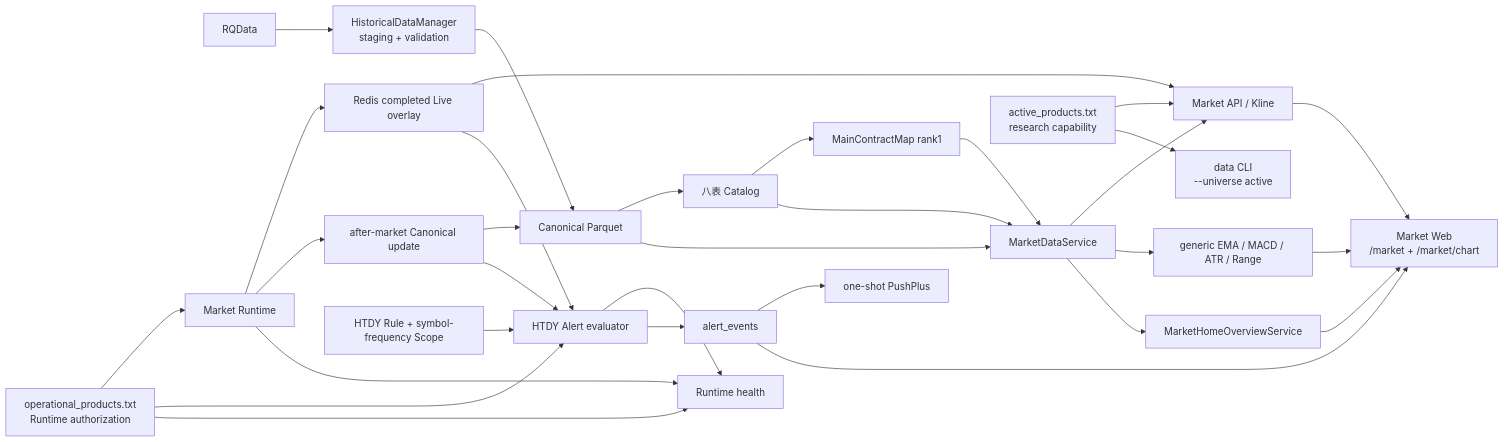
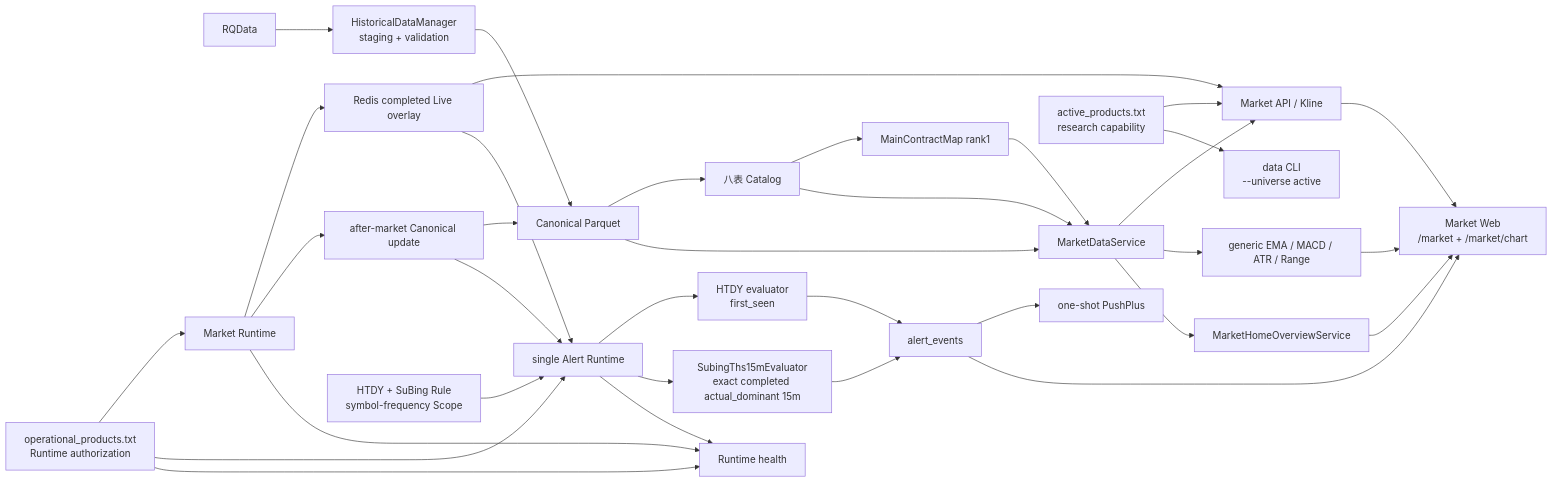
The diagram in docs/ARCHITECTURE.md (firehell/guiyi-quant-workstation), drawn with Mermaid before and after one commit. The commit also changed other lines of this file and 7 other files, not shown here.

````diff
--- a/docs/ARCHITECTURE.md
+++ b/docs/ARCHITECTURE.md
@@ -7,35 +7,38 @@
 ```mermaid
 flowchart LR
   RQ[RQData] --> HDM[HistoricalDataManager<br/>staging + validation]
   HDM --> CP[Canonical Parquet]
   CP --> CAT[八表 Catalog]
   CAT --> MCM[MainContractMap rank1]
   CP --> MDS[MarketDataService]
   CAT --> MDS
   MCM --> MDS
 
   ACTIVE[active_products.txt<br/>research capability] --> MARKET[Market API / Kline]
   ACTIVE --> DCLI[data CLI<br/>--universe active]
   MDS --> MARKET
   MDS --> IND[generic EMA / MACD / ATR / Range]
   MARKET --> WEB[Market Web<br/>/market + /market/chart]
   IND --> WEB
   MDS --> HOME[MarketHomeOverviewService]
   HOME --> WEB
 
   OPS[operational_products.txt<br/>Runtime authorization] --> MR[Market Runtime]
-  OPS --> AE[HTDY Alert evaluator]
+  OPS --> AR[single Alert Runtime]
   OPS --> HEALTH[Runtime health]
   MR --> LIVE[Redis completed Live overlay]
   MR --> EOD[after-market Canonical update]
   MR --> HEALTH
   LIVE --> MARKET
-  LIVE --> AE
+  LIVE --> AR
   EOD --> CP
-  EOD --> AE
-  RULE[HTDY Rule + symbol-frequency Scope] --> AE
-  AE --> HEALTH
-  AE --> EVENT[alert_events]
+  EOD --> AR
+  RULE[HTDY + SuBing Rule<br/>symbol-frequency Scope] --> AR
+  AR --> HE[HTDY evaluator<br/>first_seen]
+  AR --> SE[SubingThs15mEvaluator<br/>exact completed actual_dominant 15m]
+  HE --> EVENT[alert_events]
+  SE --> EVENT
+  AR --> HEALTH
   EVENT --> PUSH[one-shot PushPlus]
   EVENT --> WEB
 ```
````
